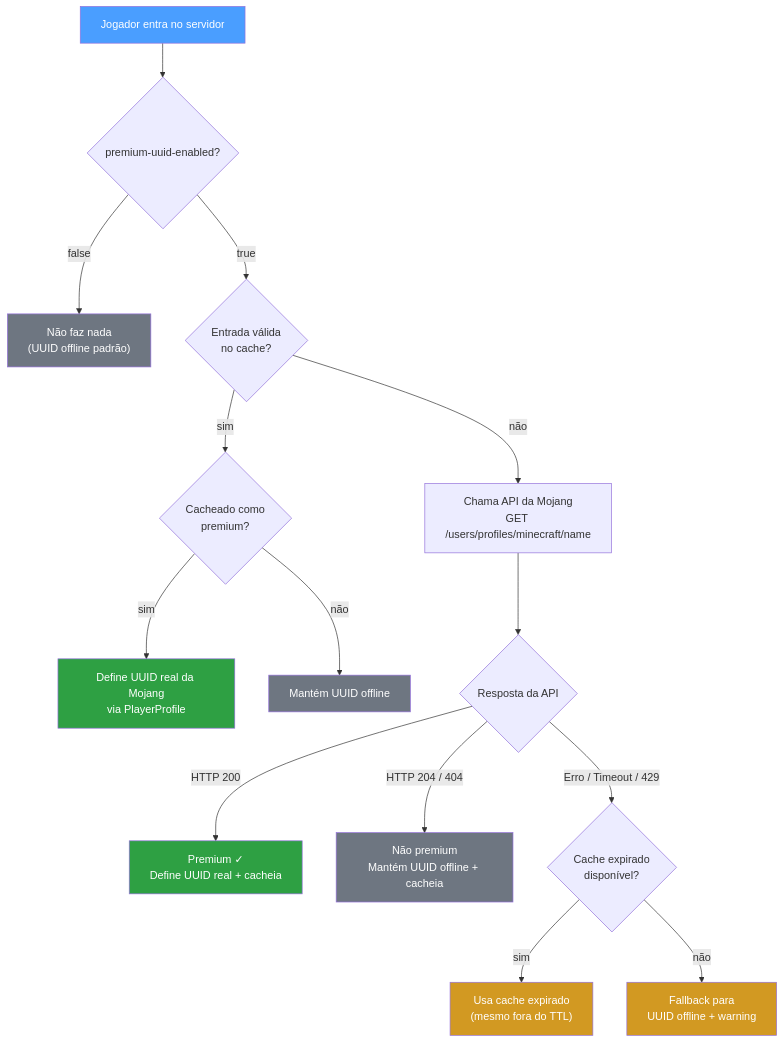
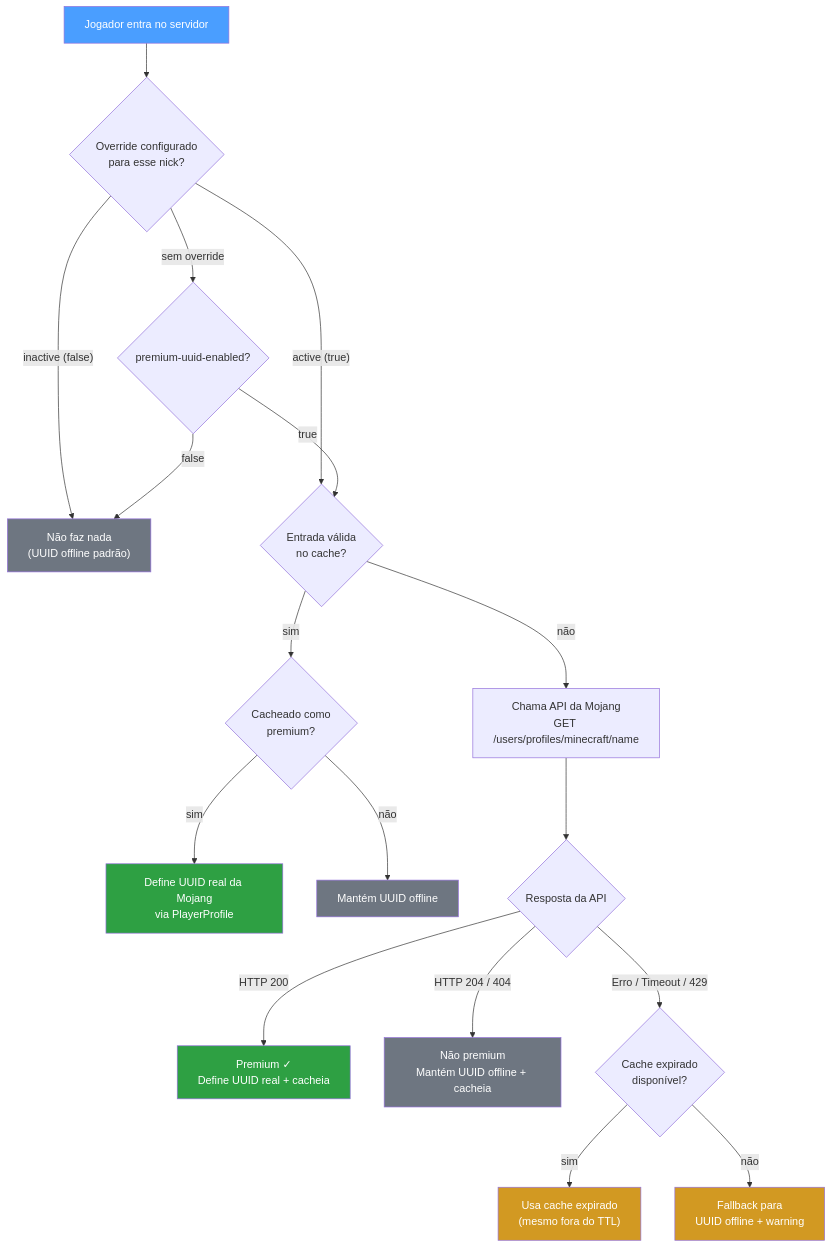
The diagram in README.pt.md (rouri404/premium-uuid), drawn with Mermaid before and after one commit. The commit also changed other lines of this file and 7 other files, not shown here.

````diff
--- a/README.pt.md
+++ b/README.pt.md
@@ -81,25 +104,28 @@
 ```mermaid
 flowchart TD
-    A["Jogador entra no servidor"] --> B{"premium-uuid-enabled?"}
-    B -- "false" --> C["Não faz nada\n(UUID offline padrão)"]
-    B -- "true" --> D{"Entrada válida\nno cache?"}
+    A["Jogador entra no servidor"] --> OV{"Override configurado\npara esse nick?"}
+    OV -- "inactive (false)" --> C["Não faz nada\n(UUID offline padrão)"]
+    OV -- "active (true)" --> D{"Entrada válida\nno cache?"}
+    OV -- "sem override" --> B{"premium-uuid-enabled?"}
+    B -- "false" --> C
+    B -- "true" --> D
     D -- "sim" --> E{"Cacheado como\npremium?"}
     E -- "sim" --> F["Define UUID real da Mojang\nvia PlayerProfile"]
     E -- "não" --> G["Mantém UUID offline"]
     D -- "não" --> H["Chama API da Mojang\nGET /users/profiles/minecraft/name"]
     H --> I{"Resposta da API"}
     I -- "HTTP 200" --> J["Premium ✓\nDefine UUID real + cacheia"]
     I -- "HTTP 204 / 404" --> K["Não premium\nMantém UUID offline + cacheia"]
     I -- "Erro / Timeout / 429" --> L{"Cache expirado\ndisponível?"}
     L -- "sim" --> M["Usa cache expirado\n(mesmo fora do TTL)"]
     L -- "não" --> N["Fallback para\nUUID offline + warning"]
 
     style A fill:#4a9eff,color:#fff
     style F fill:#2ea043,color:#fff
     style J fill:#2ea043,color:#fff
     style G fill:#6e7681,color:#fff
     style K fill:#6e7681,color:#fff
     style N fill:#d29922,color:#fff
     style M fill:#d29922,color:#fff
     style C fill:#6e7681,color:#fff
 ```
````
